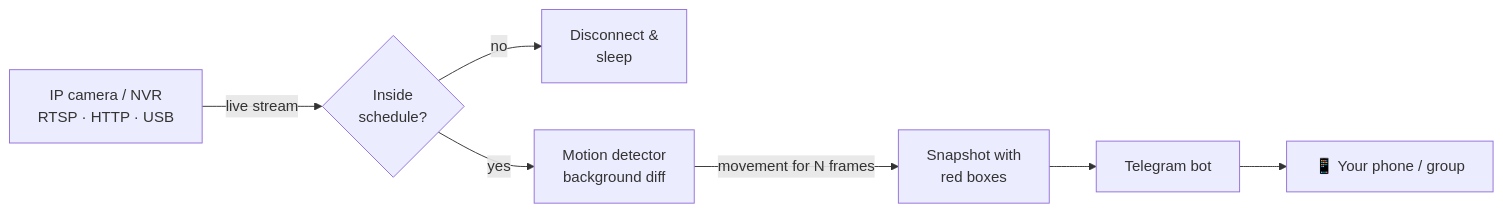
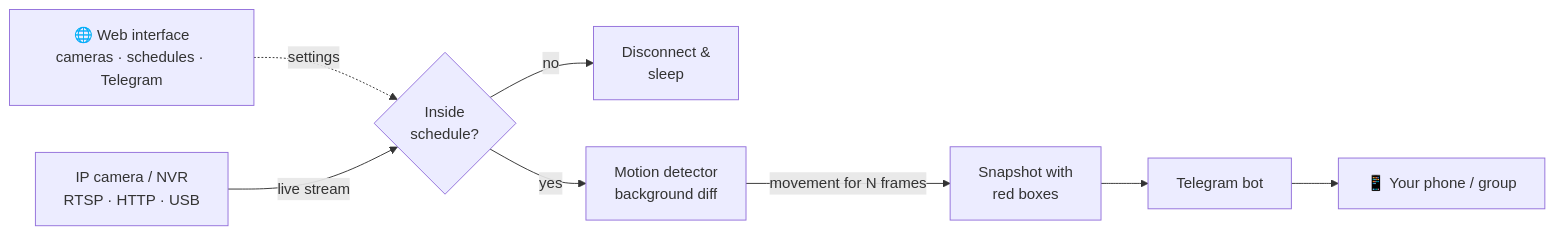
The diagram in README.md (bothamad/motionwatch), drawn with Mermaid before and after one commit. The commit also changed other lines of this file and 26 other files, not shown here.

First line of the commit message:
Add web interface for cameras, schedules and Telegram (0.2.0)

````diff
--- a/README.md
+++ b/README.md
@@ -35,9 +36,10 @@
 ```mermaid
 flowchart LR
+    W[🌐 Web interface<br/>cameras · schedules · Telegram] -.->|settings| B
     A[IP camera / NVR<br/>RTSP · HTTP · USB] -->|live stream| B{Inside<br/>schedule?}
     B -- no --> Z[Disconnect &<br/>sleep]
     B -- yes --> C[Motion detector<br/>background diff]
     C -->|movement for N frames| D[Snapshot with<br/>red boxes]
     D --> E[Telegram bot]
     E --> F[📱 Your phone / group]
 ```
````
